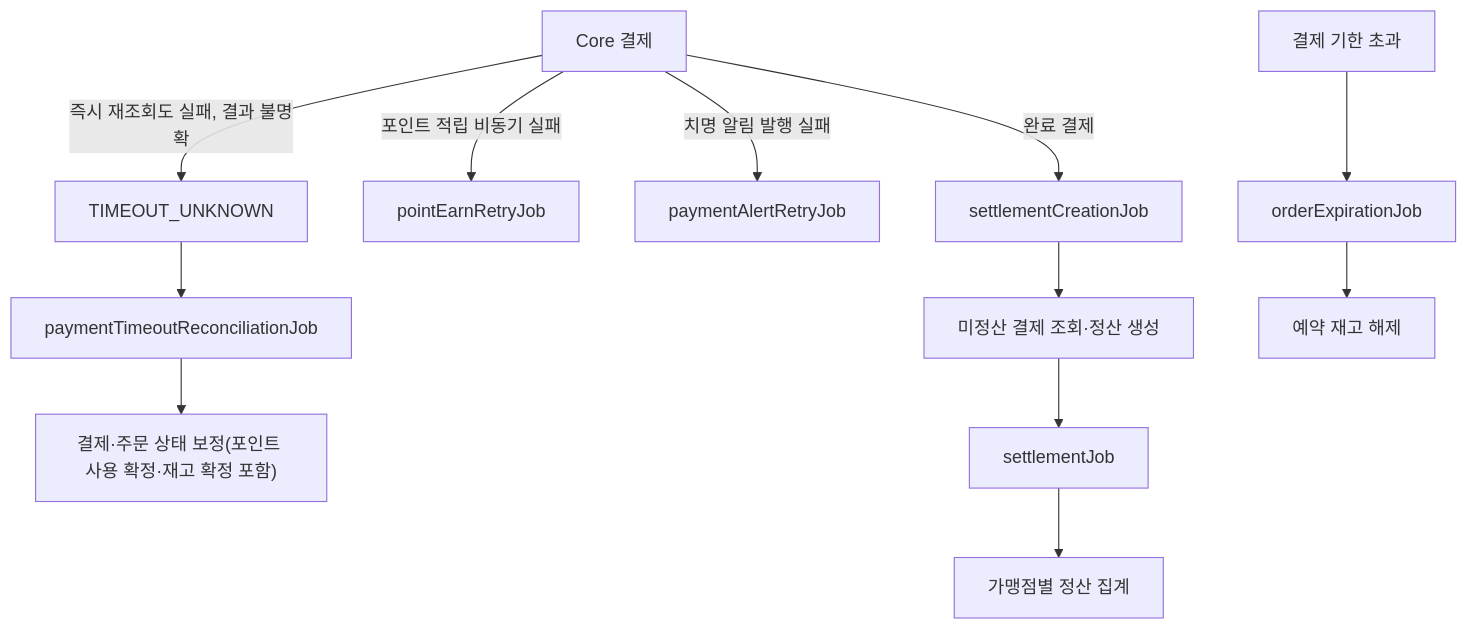
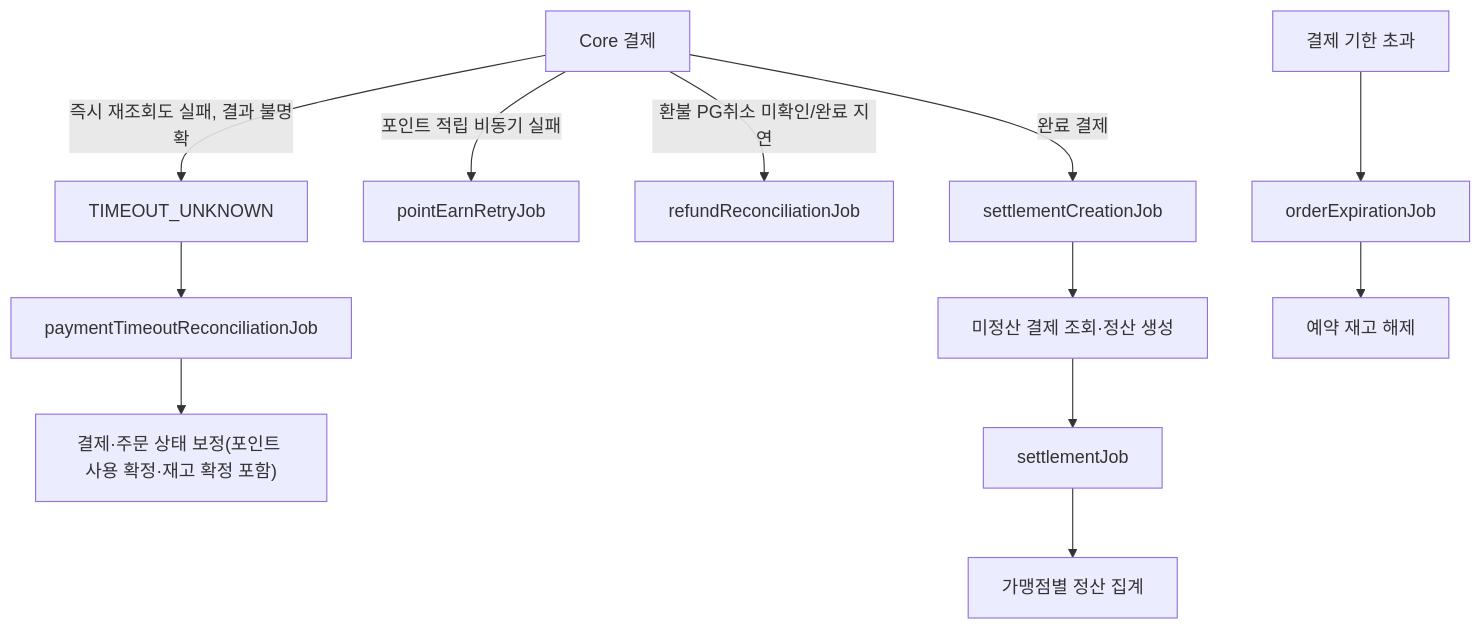
The diagram in README.md (PocketPayStore/PocketPay_Batch), drawn with Mermaid before and after one commit. The commit also changed other lines of this file and 11 other files, not shown here.

First line of the commit message:
remove: delete slack alert retry job

```diff
--- a/README.md
+++ b/README.md
@@ -16,14 +16,14 @@
 ~~~mermaid
 flowchart TB
     A[Core 결제] -->|즉시 재조회도 실패, 결과 불명확| B[TIMEOUT_UNKNOWN]
     B --> C[paymentTimeoutReconciliationJob]
     C --> D["결제·주문 상태 보정(포인트 사용 확정·재고 확정 포함)"]
     A -->|포인트 적립 비동기 실패| E[pointEarnRetryJob]
-    A -->|치명 알림 발행 실패| F[paymentAlertRetryJob]
+    A -->|환불 PG취소 미확인/완료 지연| F[refundReconciliationJob]
     A -->|완료 결제| G[settlementCreationJob]
     G --> H[미정산 결제 조회·정산 생성]
     H --> I[settlementJob]
     I --> J[가맹점별 정산 집계]
     K[결제 기한 초과] --> L[orderExpirationJob]
     L --> M[예약 재고 해제]
 ~~~
```
